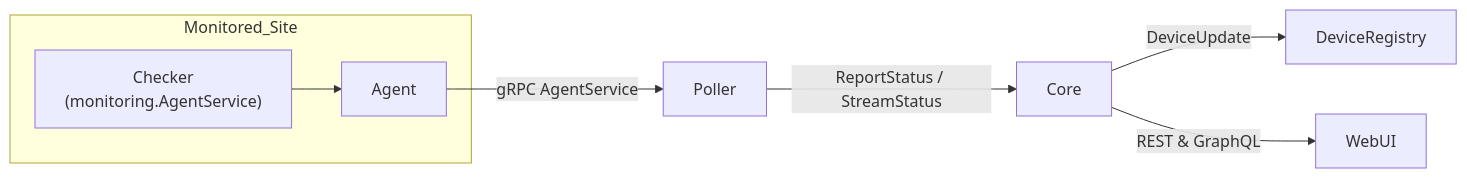
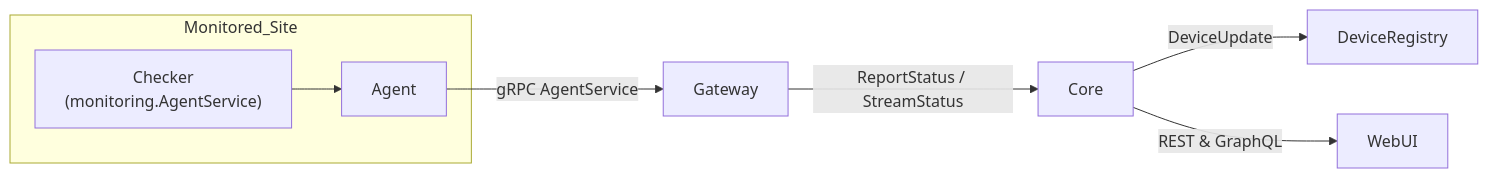
Before and after one commit to carverauto/serviceradar: the first of 2 diagrams in docs/docs/custom-checkers.md, drawn with Mermaid. The commit also changed other lines of this file and 118 other files, not shown here.

````diff
--- a/docs/docs/custom-checkers.md
+++ b/docs/docs/custom-checkers.md
@@ -16,10 +16,10 @@
 ```mermaid
 flowchart LR
     subgraph Monitored_Site
         Checker["Checker<br/>(monitoring.AgentService)"] --> Agent
     end
-    Agent -->|gRPC AgentService| Poller
-    Poller -->|ReportStatus / StreamStatus| Core
+    Agent -->|gRPC AgentService| Gateway
+    Gateway -->|ReportStatus / StreamStatus| Core
     Core -->|DeviceUpdate| DeviceRegistry
     Core -->|REST & GraphQL| WebUI
 ```
````
